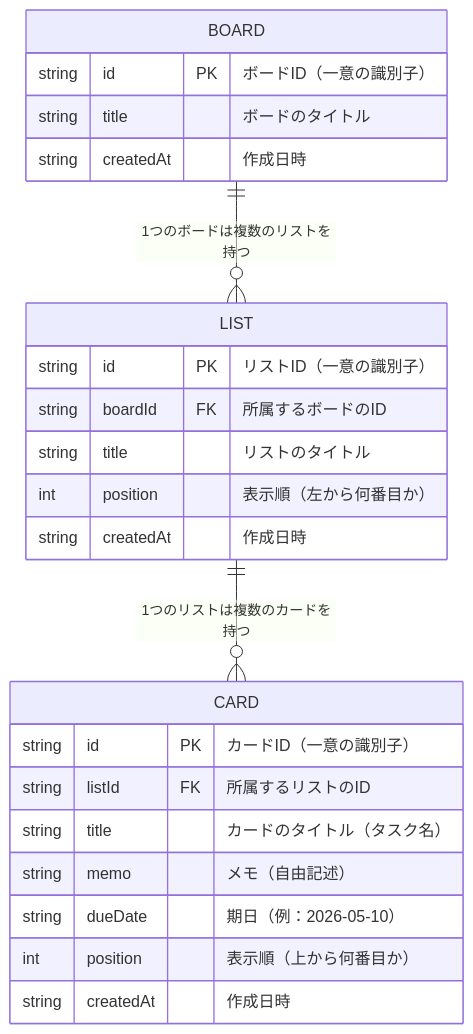
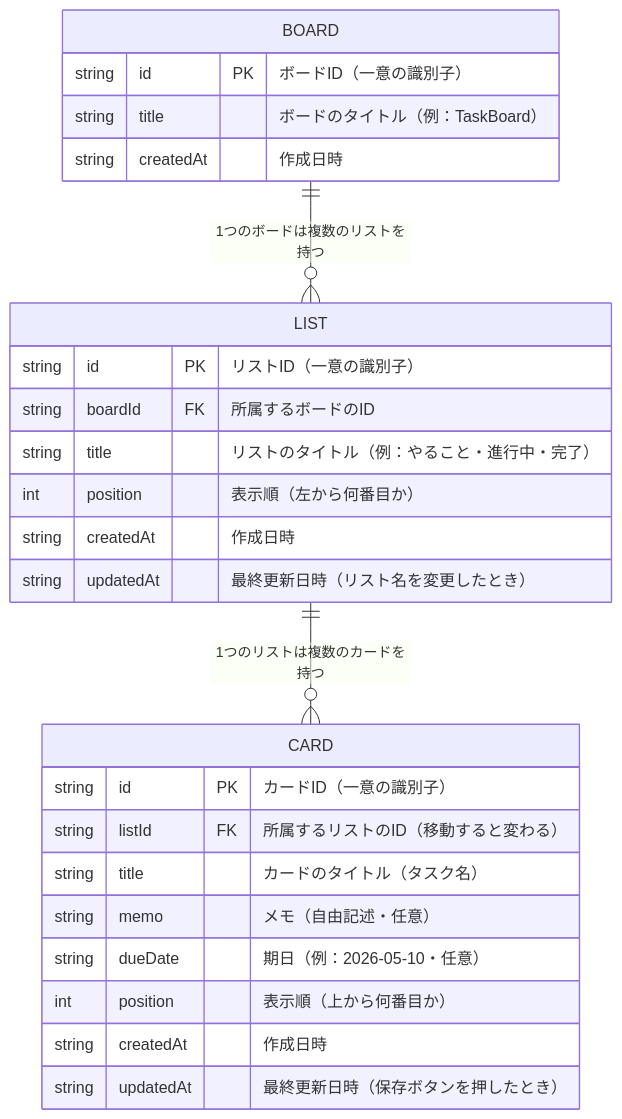
The diagram in docs/ER図.md (hkjx3k-commits/task-management), drawn with Mermaid before and after one commit. The commit also changed other lines of this file and 1 other file, not shown here.

````diff
--- a/docs/ER図.md
+++ b/docs/ER図.md
@@ -5,30 +5,32 @@
 ```mermaid
 erDiagram
 
     BOARD {
         string id PK "ボードID（一意の識別子）"
-        string title "ボードのタイトル"
+        string title "ボードのタイトル（例：TaskBoard）"
         string createdAt "作成日時"
     }
 
     LIST {
         string id PK "リストID（一意の識別子）"
         string boardId FK "所属するボードのID"
-        string title "リストのタイトル"
+        string title "リストのタイトル（例：やること・進行中・完了）"
         int position "表示順（左から何番目か）"
         string createdAt "作成日時"
+        string updatedAt "最終更新日時（リスト名を変更したとき）"
     }
 
     CARD {
         string id PK "カードID（一意の識別子）"
-        string listId FK "所属するリストのID"
+        string listId FK "所属するリストのID（移動すると変わる）"
         string title "カードのタイトル（タスク名）"
-        string memo "メモ（自由記述）"
-        string dueDate "期日（例：2026-05-10）"
+        string memo "メモ（自由記述・任意）"
+        string dueDate "期日（例：2026-05-10・任意）"
         int position "表示順（上から何番目か）"
         string createdAt "作成日時"
+        string updatedAt "最終更新日時（保存ボタンを押したとき）"
     }
 
     BOARD ||--o{ LIST : "1つのボードは複数のリストを持つ"
     LIST  ||--o{ CARD : "1つのリストは複数のカードを持つ"
 ```
````
